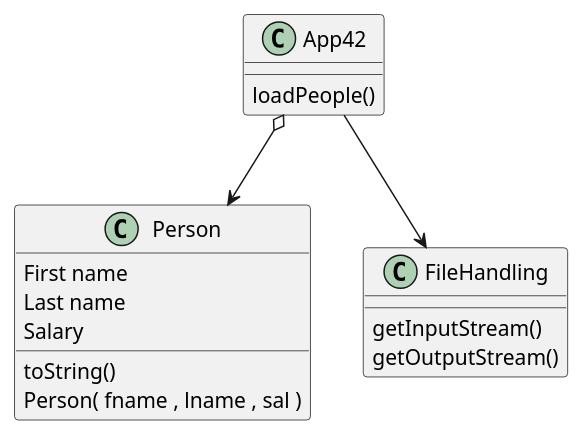
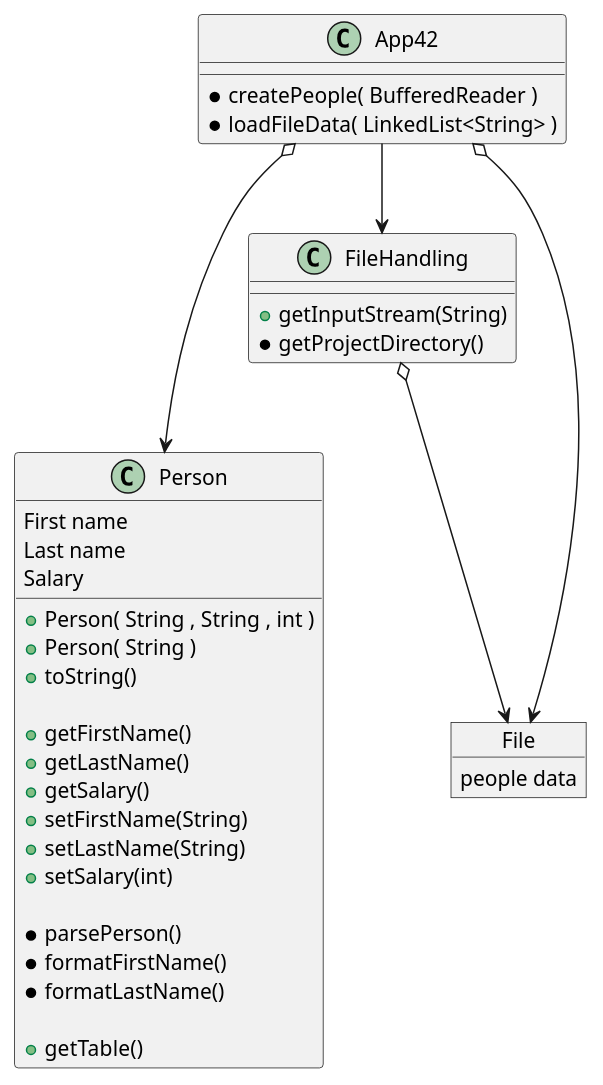
Before and after one commit to GitEthan-1/woollet-cop3330-Assignment3: the diagram in src/main/resources/ex42/ex42.puml, drawn with PlantUML. The commit also changed 19 other files, not shown here.

```diff
--- a/src/main/resources/ex42/ex42.puml
+++ b/src/main/resources/ex42/ex42.puml
@@ -1,25 +1,45 @@
 @startuml
 'https://plantuml.com/class-diagram
 
 class App42 {
-    loadPeople()
+    *createPeople( BufferedReader )
+    *loadFileData( LinkedList<String> )
 }
 
 class Person {
     First name
     Last name
     Salary
 
-    toString()
-    Person( fname , lname , sal )
+    +Person( String , String , int )
+    +Person( String )
+    +toString()
+
+    +getFirstName()
+    +getLastName()
+    +getSalary()
+    +setFirstName(String)
+    +setLastName(String)
+    +setSalary(int)
+
+    *parsePerson()
+    *formatFirstName()
+    *formatLastName()
+
+    +getTable()
 }
 
 class FileHandling {
-    getInputStream()
-    getOutputStream()
+    +getInputStream(String)
+    *getProjectDirectory()
 }
 
-App42 o--> Person
+object File {
+    people data
+}
+
+App42 o---> Person
 App42 --> FileHandling
-
+FileHandling o--> File
+App42 o--> File
 @enduml
```
